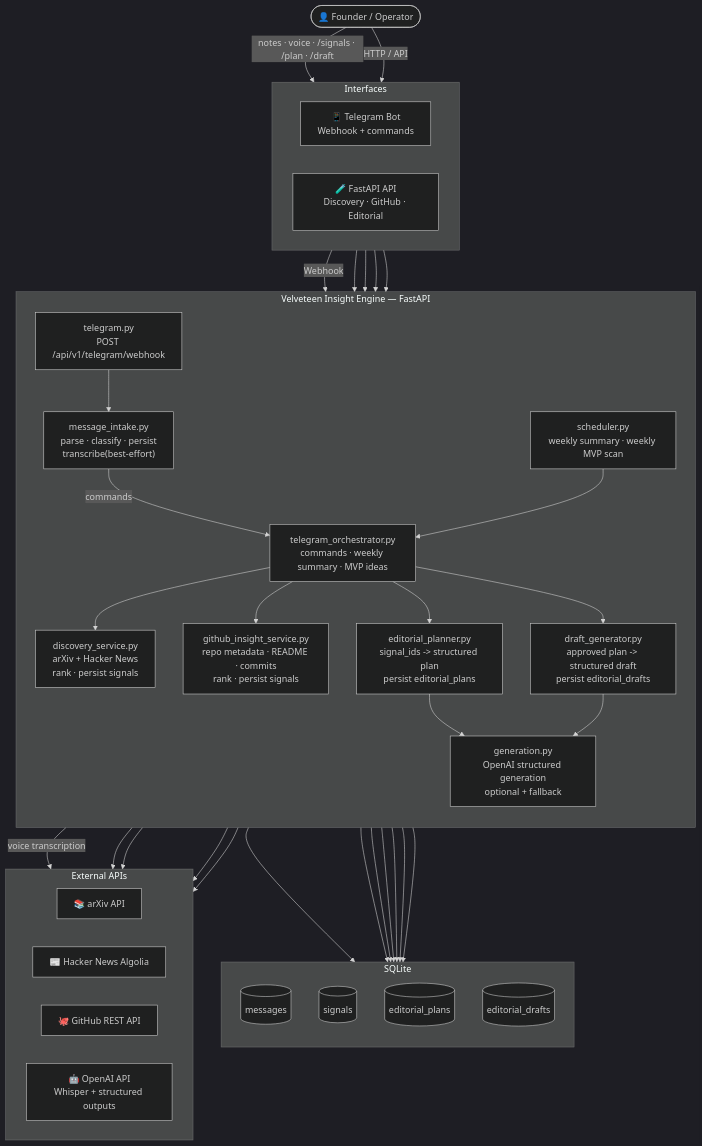
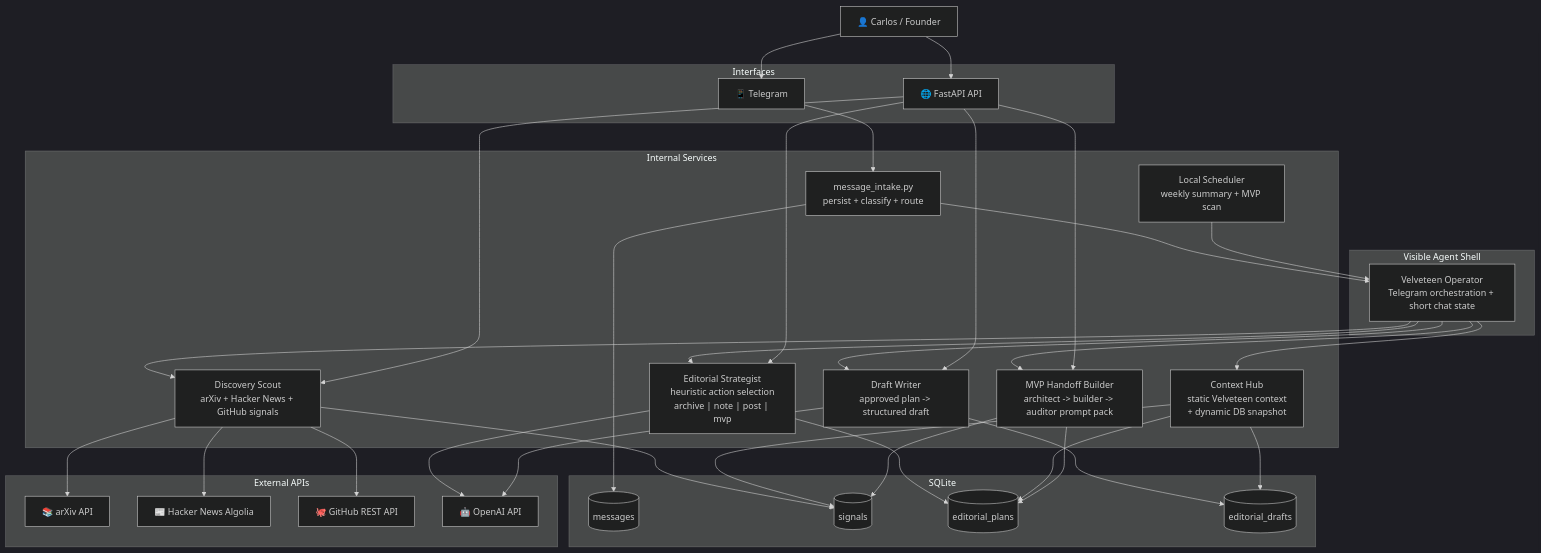
Before and after one commit to The-Velveteen-Project/insight_engine: the diagram in README.md, drawn with Mermaid (dark theme). The commit also changed other lines of this file and 21 other files, not shown here.

Commit message:
Add operator context layer and Railway deployment support

````diff
--- a/README.md
+++ b/README.md
@@ -39,73 +166,73 @@
 ```mermaid
 flowchart TB
-    U(["👤 Founder / Operator"])
+    U["👤 Carlos / Founder"]
 
-    subgraph IFACE[" Interfaces "]
-        direction LR
-        TG["📱 Telegram Bot\nWebhook + commands"]
-        API["🧪 FastAPI API\nDiscovery · GitHub · Editorial"]
+    subgraph IFACE["Interfaces"]
+        TG["📱 Telegram"]
+        API["🌐 FastAPI API"]
     end
 
-    subgraph APP[" Velveteen Insight Engine — FastAPI "]
-        direction TB
-        WEBHOOK["telegram.py\nPOST /api/v1/telegram/webhook"]
-        INTAKE["message_intake.py\nparse · classify · persist\ntranscribe(best-effort)"]
-        ORCH["telegram_orchestrator.py\ncommands · weekly summary · MVP ideas"]
-        DISC["discovery_service.py\narXiv + Hacker News\nrank · persist signals"]
-        GH["github_insight_service.py\nrepo metadata · README · commits\nrank · persist signals"]
-        PLAN["editorial_planner.py\nsignal_ids -> structured plan\npersist editorial_plans"]
-        DRAFT["draft_generator.py\napproved plan -> structured draft\npersist editorial_drafts"]
-        SCHED["scheduler.py\nweekly summary · weekly MVP scan"]
-        GEN["generation.py\nOpenAI structured generation\noptional + fallback"]
+    subgraph SHELL["Visible Agent Shell"]
+        OP["Velveteen Operator\nTelegram orchestration + short chat state"]
     end
 
-    subgraph DB[" SQLite "]
-        direction TB
+    subgraph CORE["Internal Services"]
+        INTAKE["message_intake.py\npersist + classify + route"]
+        CTX["Context Hub\nstatic Velveteen context\n+ dynamic DB snapshot"]
+        DISC["Discovery Scout\narXiv + Hacker News + GitHub signals"]
+        PLAN["Editorial Strategist\nheuristic action selection\narchive | note | post | mvp"]
+        DRAFT["Draft Writer\napproved plan -> structured draft"]
+        HAND["MVP Handoff Builder\narchitect -> builder -> auditor prompt pack"]
+        SCHED["Local Scheduler\nweekly summary + MVP scan"]
+    end
+
+    subgraph DB["SQLite"]
         MSG[("messages")]
         SIG[("signals")]
         EPL[("editorial_plans")]
         EDR[("editorial_drafts")]
     end
 
-    subgraph EXT[" External APIs "]
-        direction LR
+    subgraph EXT["External APIs"]
         ARX["📚 arXiv API"]
         HN["📰 Hacker News Algolia"]
         GIT["🐙 GitHub REST API"]
-        OAI["🤖 OpenAI API\nWhisper + structured outputs"]
+        OAI["🤖 OpenAI API"]
     end
 
-    U -->|"notes · voice · /signals · /plan · /draft"| TG
-    U -->|"HTTP / API"| API
+    U --> TG
+    U --> API
 
-    TG -->|"Webhook"| WEBHOOK
-    WEBHOOK --> INTAKE
+    TG --> INTAKE
     INTAKE --> MSG
-    INTAKE -->|"commands"| ORCH
-    INTAKE -->|"voice transcription"| OAI
+    INTAKE --> OP
+
+    OP --> CTX
+    OP --> DISC
+    OP --> PLAN
+    OP --> DRAFT
+    OP --> HAND
 
     API --> DISC
-    API --> GH
     API --> PLAN
     API --> DRAFT
+    API --> HAND
 
-    ORCH --> DISC
-    ORCH --> GH
-    ORCH --> PLAN
-    ORCH --> DRAFT
-    SCHED --> ORCH
+    SCHED --> OP
 
     DISC --> ARX
     DISC --> HN
-    GH --> GIT
-    GEN --> OAI
+    DISC --> GIT
+    PLAN --> OAI
+    DRAFT --> OAI
 
     DISC --> SIG
-    GH --> SIG
-    PLAN --> SIG
     PLAN --> EPL
-    PLAN --> GEN
-    DRAFT --> EPL
     DRAFT --> EDR
-    DRAFT --> GEN
+
+    CTX --> SIG
+    CTX --> EPL
+    CTX --> EDR
+    HAND --> EPL
+    HAND --> SIG
 ```
````
